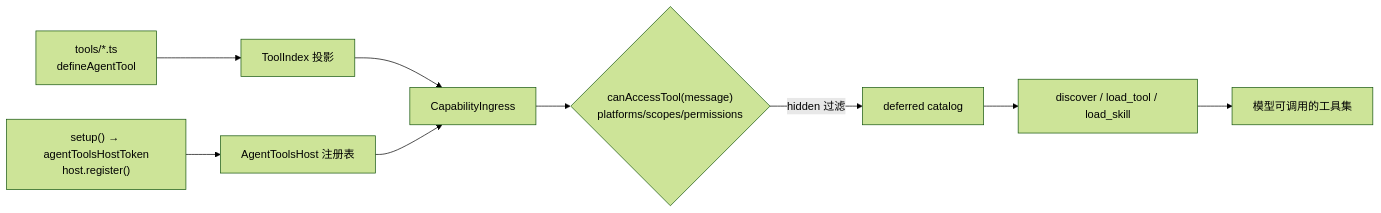
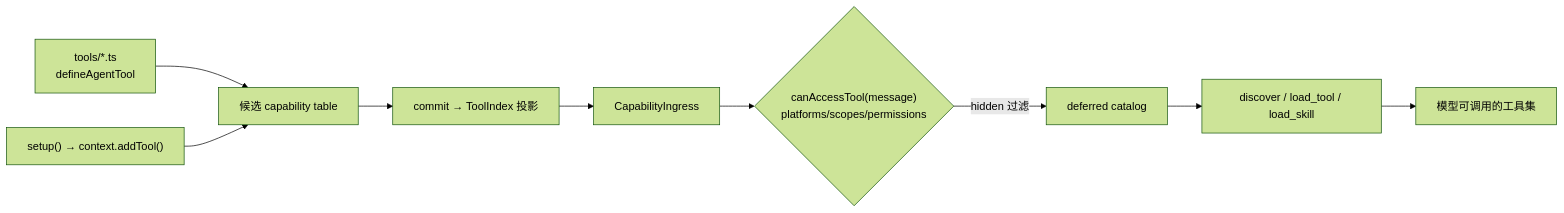
One commit to zhinjs/zhin changed the diagram in docs/authoring/agent-tools.md. Above: the diagram before and after it, drawn with Mermaid (forest theme). The commit also changed other lines of this file and 85 other files, not shown here.

Commit message:
refactor(agent): establish canonical turn tool foundation

````diff
--- a/docs/authoring/agent-tools.md
+++ b/docs/authoring/agent-tools.md
@@ -10,11 +10,11 @@
 ```mermaid
 flowchart LR
-    A["tools/*.ts<br/>defineAgentTool"] --> C[ToolIndex 投影]
-    B["setup() → agentToolsHostToken<br/>host.register()"] --> D[AgentToolsHost 注册表]
-    C --> E[CapabilityIngress]
-    D --> E
+    A["tools/*.ts<br/>defineAgentTool"] --> C[候选 capability table]
+    B["setup() → context.addTool()"] --> C
+    C --> D["commit → ToolIndex 投影"]
+    D --> E[CapabilityIngress]
     E --> F{"canAccessTool(message)<br/>platforms/scopes/permissions"}
     F -->|hidden 过滤| G[deferred catalog]
     G --> H["discover / load_tool / load_skill"]
     H --> I[模型可调用的工具集]
 ```
````
